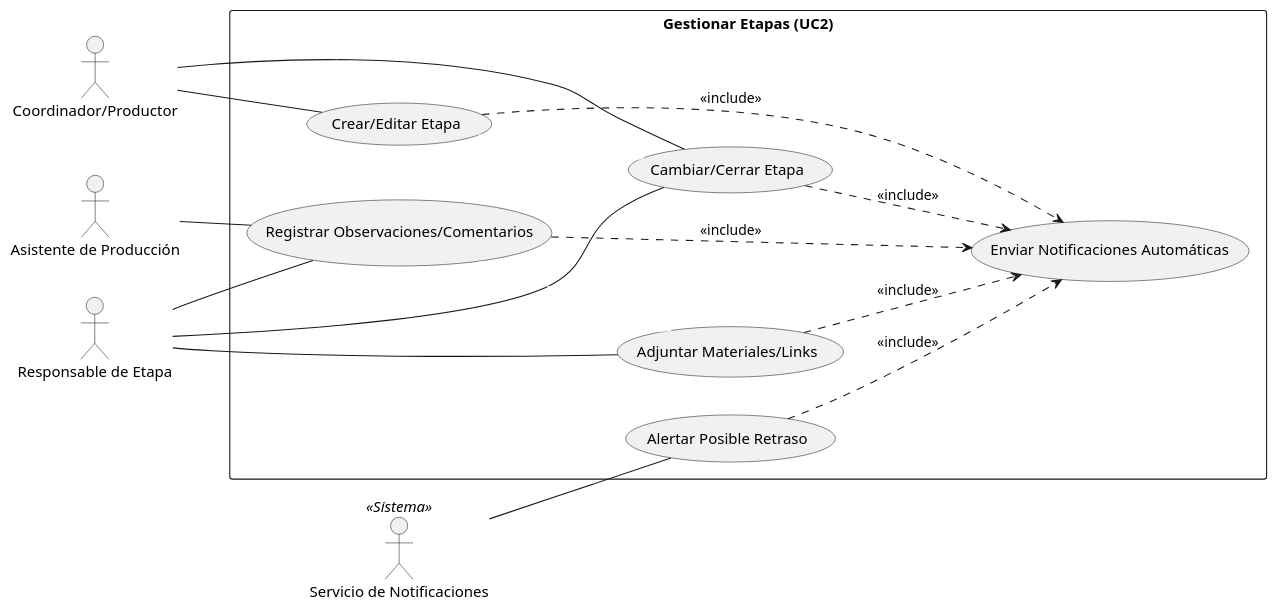
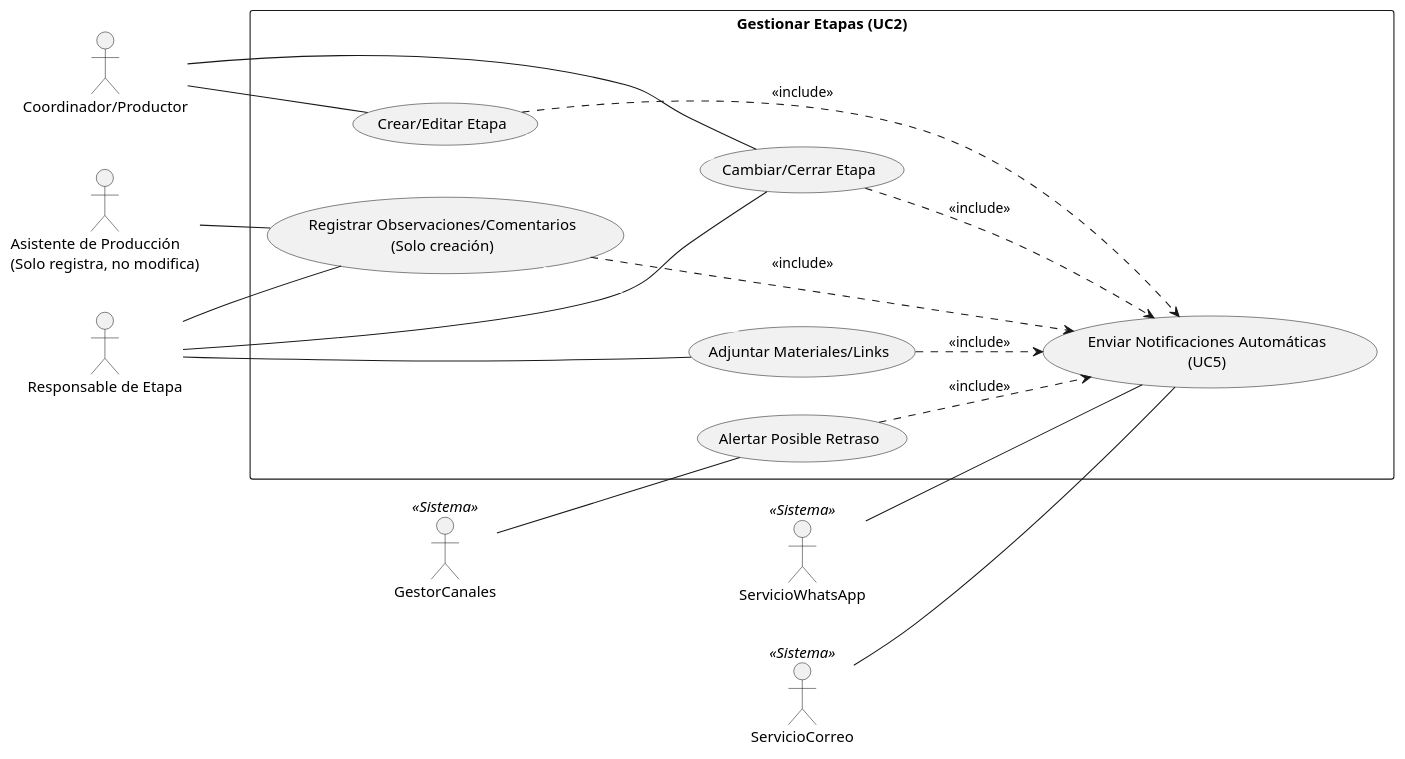
One commit to GonzaloBarbano/SistemaProductoraVideos changed the diagram in diagramas/02-casos-de-uso/02-caso-uso-gestionar-etapas-02.puml. Above: the diagram before and after it, drawn with PlantUML. The commit also changed 27 other files, not shown here.

```diff
--- a/diagramas/02-casos-de-uso/02-caso-uso-gestionar-etapas-02.puml
+++ b/diagramas/02-casos-de-uso/02-caso-uso-gestionar-etapas-02.puml
@@ -1,36 +1,43 @@
 @startuml
 left to right direction
 
 actor "Coordinador/Productor" as Prod
 actor "Responsable de Etapa" as Resp
-actor "Asistente de Producción" as Asist
-actor "Servicio de Notificaciones" as Notif <<Sistema>>
+actor "Asistente de Producción\n(Solo registra, no modifica)" as Asist
+
+actor "ServicioCorreo" as Correo <<Sistema>>
+actor "ServicioWhatsApp" as WhatsApp <<Sistema>>
+actor "GestorCanales" as Gestor <<Sistema>>
 
 rectangle "Gestionar Etapas (UC2)" {
     usecase "Crear/Editar Etapa" as CrearEtapa
     usecase "Cambiar/Cerrar Etapa" as CambiarEtapa
-    usecase "Registrar Observaciones/Comentarios" as RegObs
+    usecase "Registrar Observaciones/Comentarios\n(Solo creación)" as RegObs
     usecase "Adjuntar Materiales/Links" as Links
     usecase "Alertar Posible Retraso" as Alerta
-    usecase "Enviar Notificaciones Automáticas" as UC5
+    usecase "Enviar Notificaciones Automáticas\n(UC5)" as UC5
 }
 
 Prod -- CrearEtapa
 Prod -- CambiarEtapa
+
 Resp -- CambiarEtapa
 Resp -- RegObs
 Resp -- Links
-Asist -- RegObs
 
-Notif -- Alerta
+Asist -- RegObs  
+
+Gestor -- Alerta
+Correo -- UC5
+WhatsApp -- UC5
 
 CrearEtapa ..> UC5 : <<include>>
 CambiarEtapa ..> UC5 : <<include>>
 RegObs ..> UC5 : <<include>>
 Links ..> UC5 : <<include>>
 Alerta ..> UC5 : <<include>>
 
 CrearEtapa -[#white]-> CambiarEtapa
 RegObs -[#white]-> Links
 
 @enduml
```
